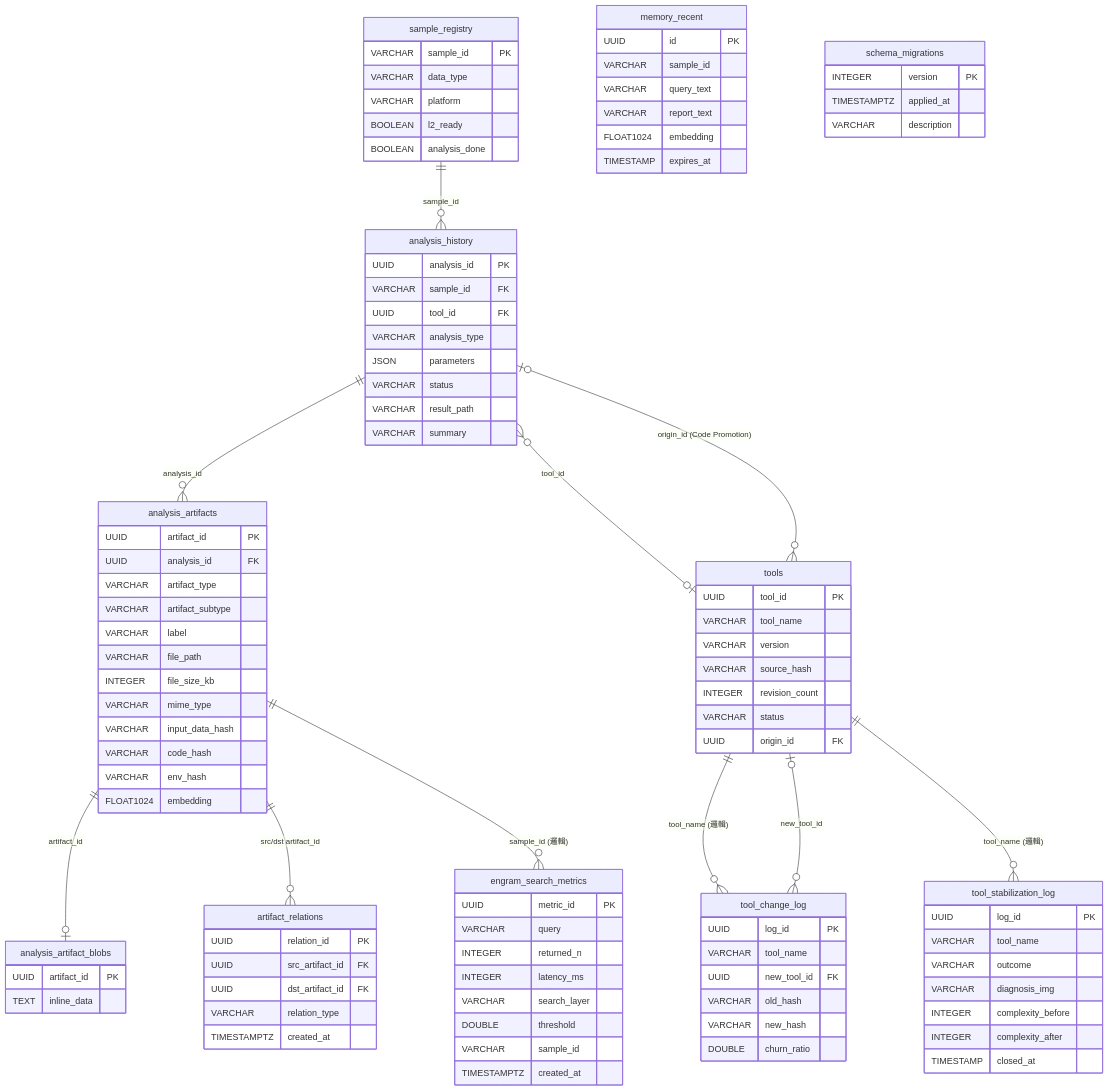
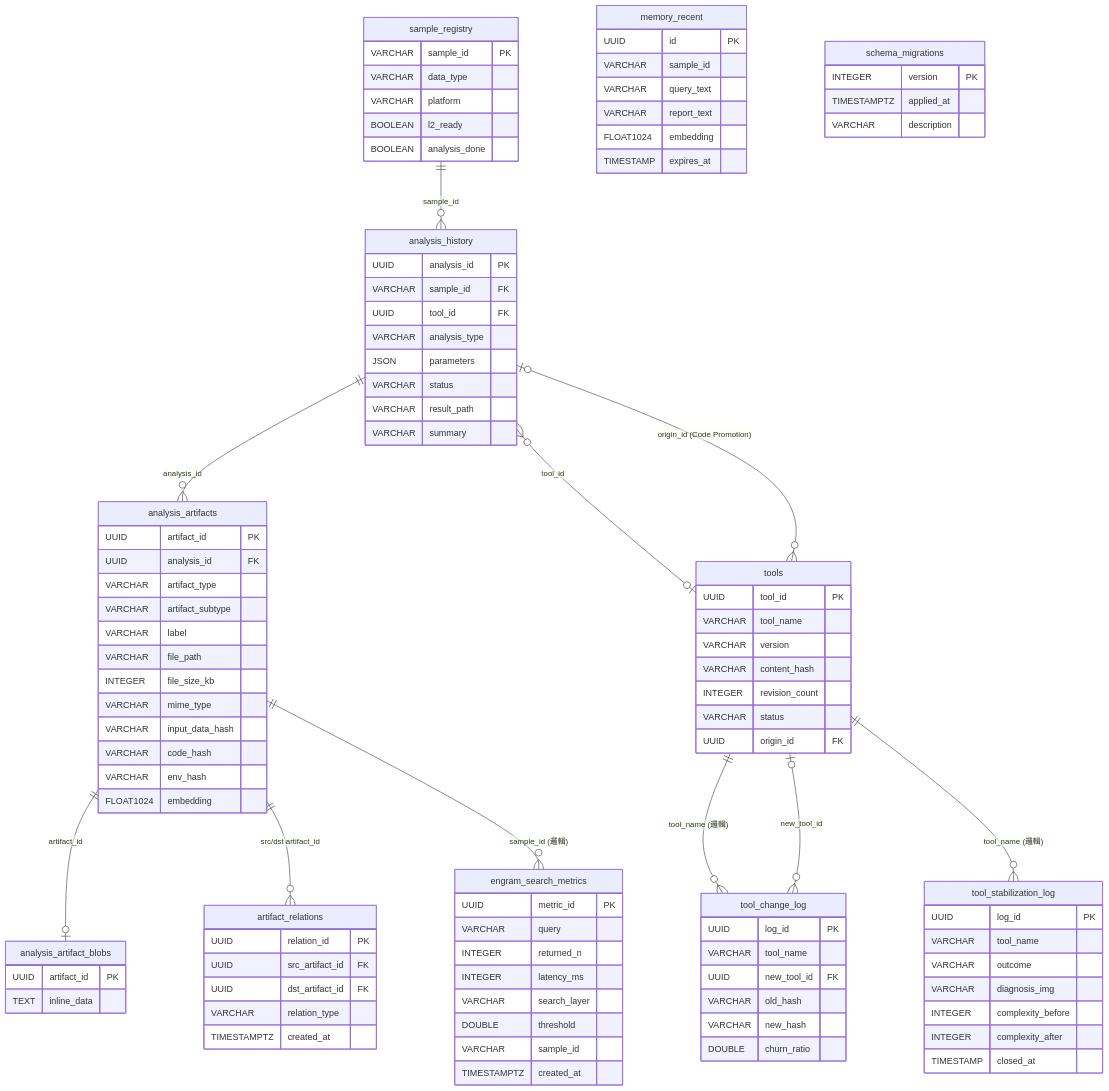
One commit to ddmanyes/Evo_PRISM changed diagram 12 of 17 in docs/plans/plan_zh.md. Above: the diagram before and after it, drawn with Mermaid. The commit also changed other lines of this file and 103 other files, not shown here.

```diff
--- a/docs/plans/plan_zh.md
+++ b/docs/plans/plan_zh.md
@@ -449,7 +627,7 @@
         UUID tool_id PK
         VARCHAR tool_name
         VARCHAR version
-        VARCHAR source_hash
+        VARCHAR content_hash
         INTEGER revision_count
         VARCHAR status
         UUID origin_id FK
```
